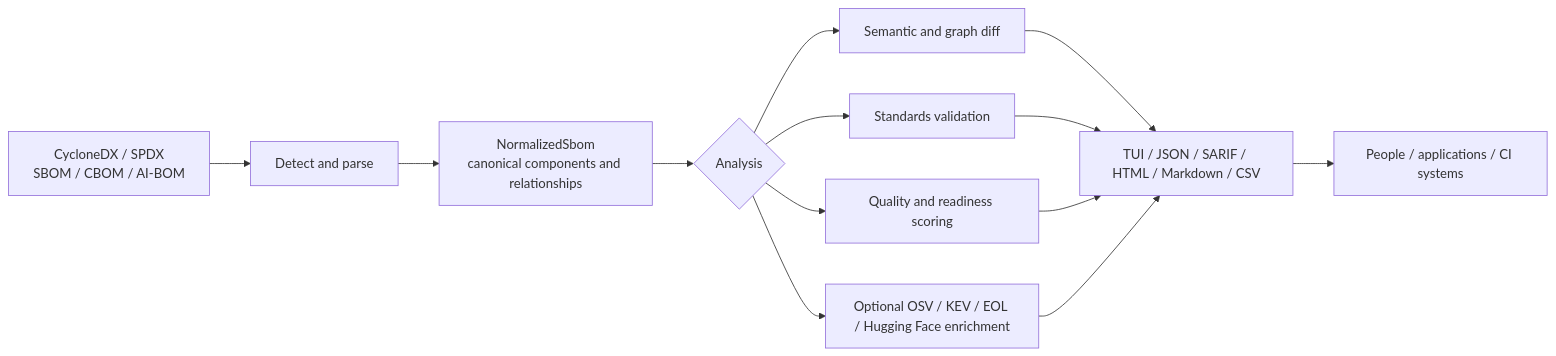
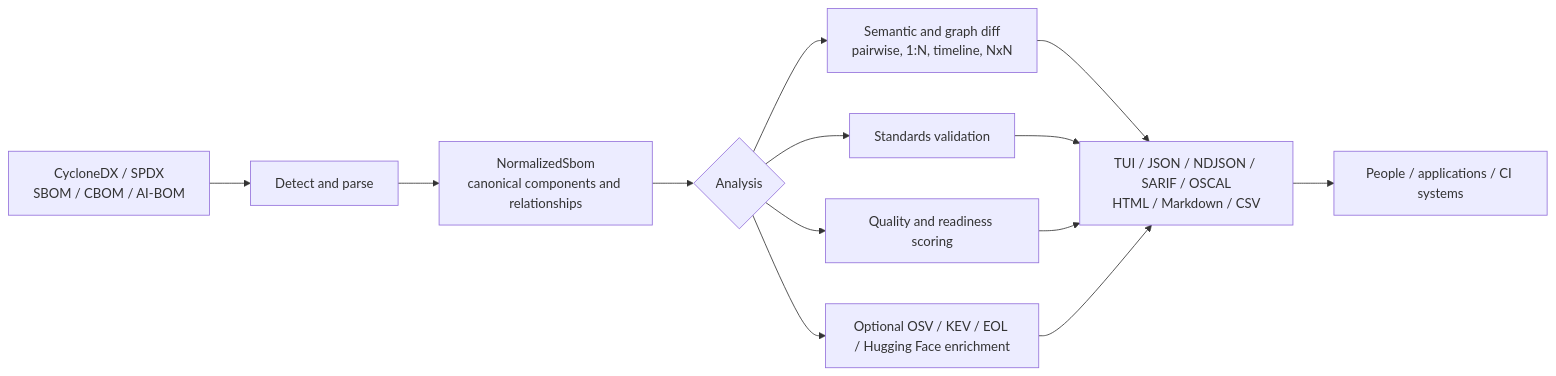
Before and after one commit to MChorfa/sbom-tools: the diagram in docs/PROJECT_OVERVIEW.md, drawn with Mermaid. The commit also changed other lines of this file and 11 other files, not shown here.

````diff
--- a/docs/PROJECT_OVERVIEW.md
+++ b/docs/PROJECT_OVERVIEW.md
@@ -36,15 +36,15 @@
 ```mermaid
 flowchart LR
     INPUT["CycloneDX / SPDX<br/>SBOM / CBOM / AI-BOM"] --> PARSE["Detect and parse"]
     PARSE --> MODEL["NormalizedSbom<br/>canonical components and relationships"]
     MODEL --> ANALYSIS{"Analysis"}
-    ANALYSIS --> DIFF["Semantic and graph diff"]
+    ANALYSIS --> DIFF["Semantic and graph diff<br/>pairwise, 1:N, timeline, NxN"]
     ANALYSIS --> VALIDATE["Standards validation"]
     ANALYSIS --> SCORE["Quality and readiness scoring"]
     ANALYSIS --> ENRICH["Optional OSV / KEV / EOL / Hugging Face enrichment"]
-    DIFF --> OUTPUT["TUI / JSON / SARIF / HTML / Markdown / CSV"]
+    DIFF --> OUTPUT["TUI / JSON / NDJSON / SARIF / OSCAL<br/>HTML / Markdown / CSV"]
     VALIDATE --> OUTPUT
     SCORE --> OUTPUT
     ENRICH --> OUTPUT
     OUTPUT --> USERS["People / applications / CI systems"]
 ```
````
